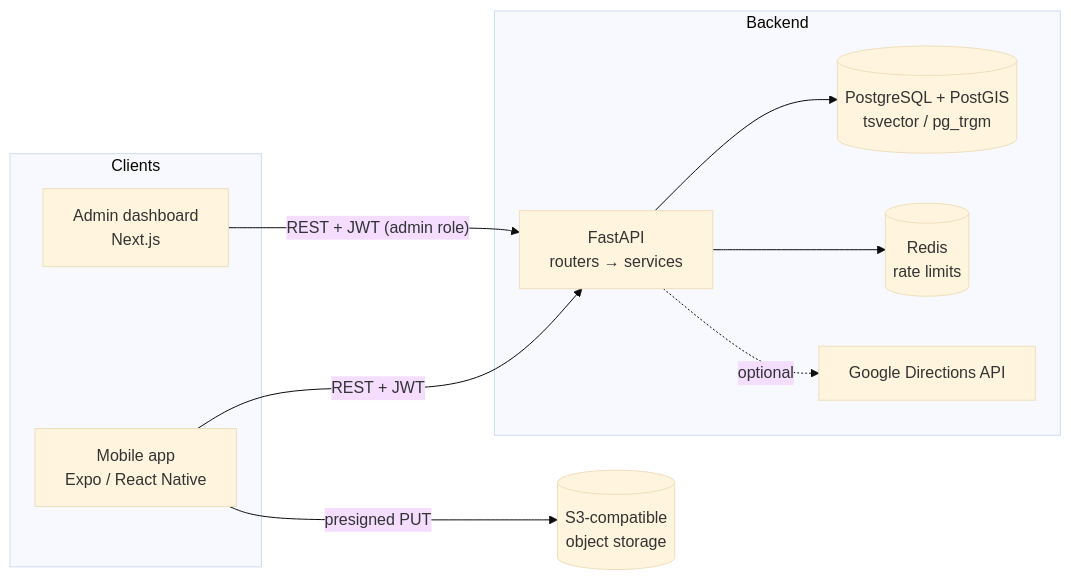
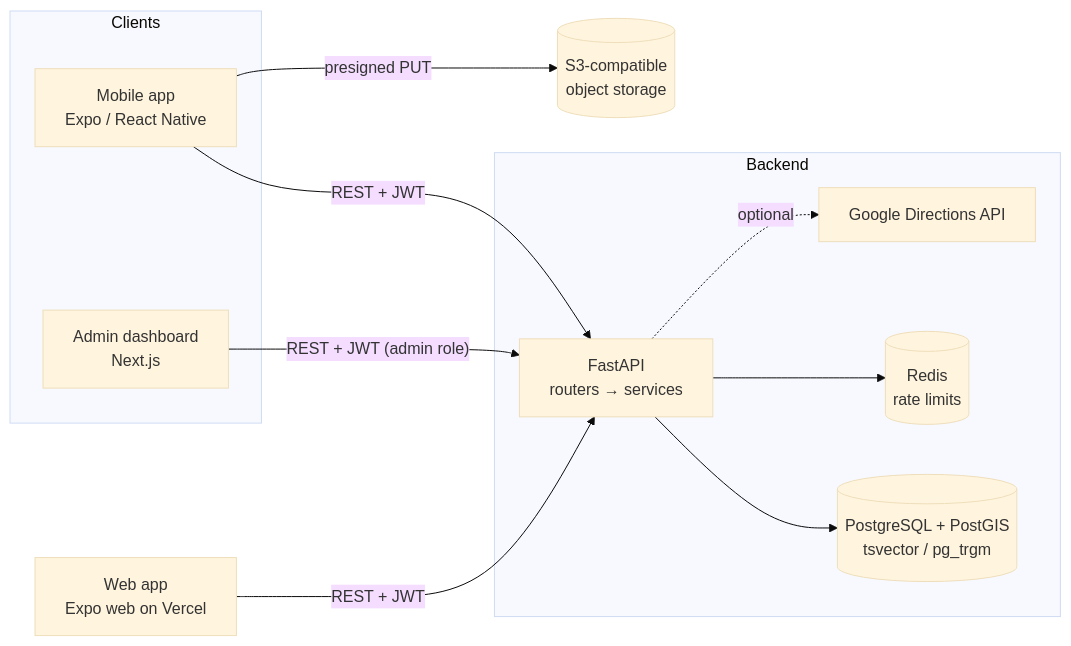
The diagram in README.md (MadLad10/Pinstagram), drawn with Mermaid (base theme) before and after one commit. The commit also changed other lines of this file and 6 other files, not shown here.

````diff
--- a/README.md
+++ b/README.md
@@ -39,16 +45,17 @@
 ```mermaid
 flowchart LR
     subgraph Clients
         M[Mobile app<br/>Expo / React Native]
         A[Admin dashboard<br/>Next.js]
     end
     M -- REST + JWT --> API
+    W[Web app<br/>Expo web on Vercel] -- REST + JWT --> API
     A -- REST + JWT (admin role) --> API
     M -- presigned PUT --> S3[(S3-compatible<br/>object storage)]
     subgraph Backend
         API[FastAPI<br/>routers → services]
         API --> PG[(PostgreSQL + PostGIS<br/>tsvector / pg_trgm)]
         API --> R[(Redis<br/>rate limits)]
         API -. optional .-> G[Google Directions API]
     end
 ```
````
